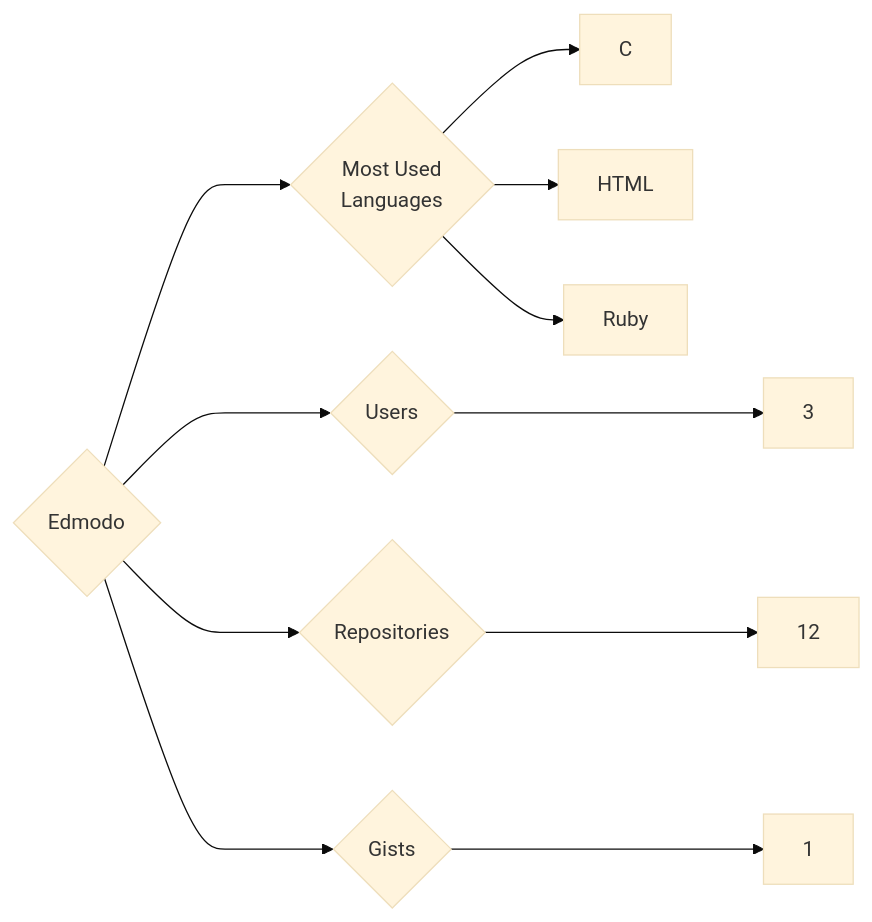
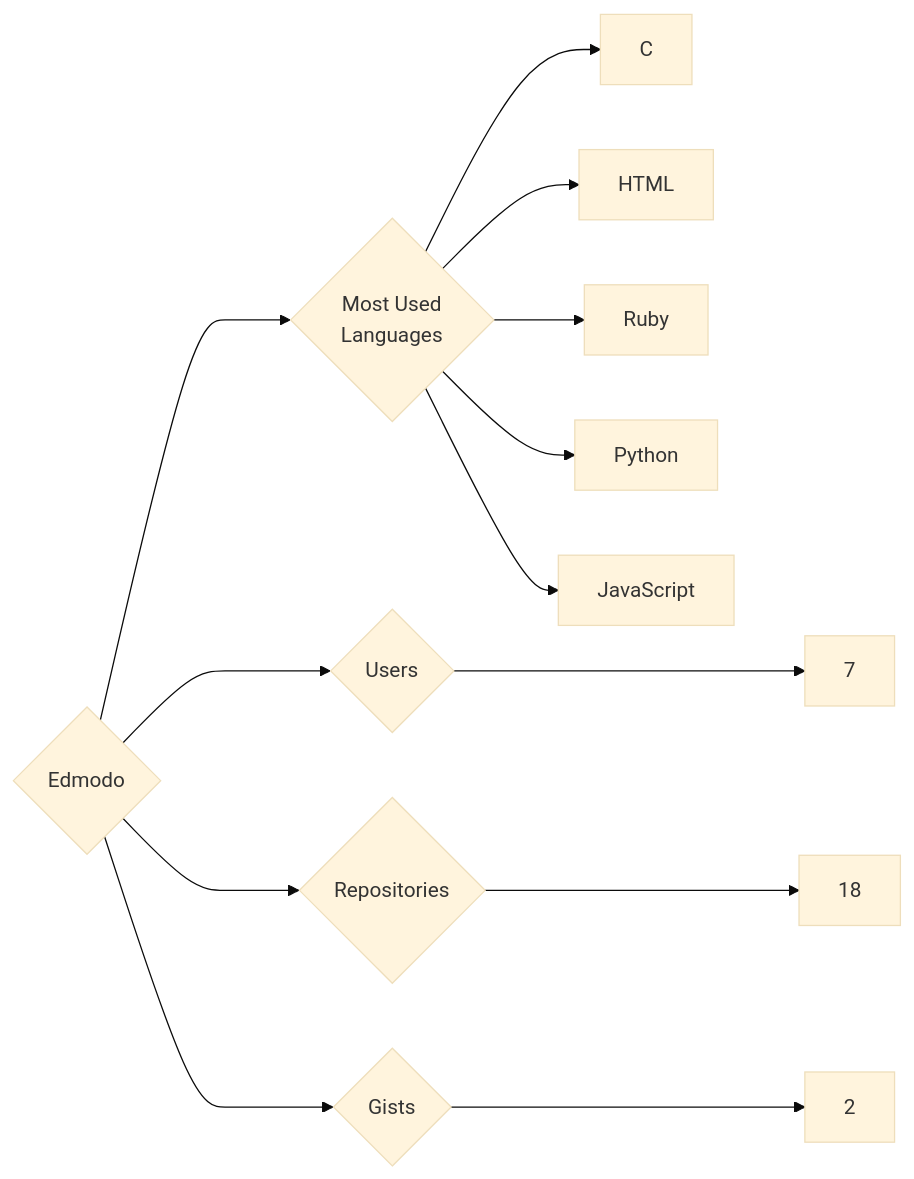
Before and after one commit to trickest/insiders: the diagram in targets/Edmodo/README.md, drawn with Mermaid (base theme). The commit also changed 681 other files, not shown here.

````diff
--- a/targets/Edmodo/README.md
+++ b/targets/Edmodo/README.md
@@ -3,11 +3,13 @@
 ```mermaid
 graph LR
 COMPANY_NAME{Edmodo}
-COMPANY_NAME ---> U{Users} ---> UN[3]
-COMPANY_NAME ---> R{Repositories} ---> RN[12]
-COMPANY_NAME ---> G{Gists} ---> GN[1]
+COMPANY_NAME ---> U{Users} ---> UN[7]
+COMPANY_NAME ---> R{Repositories} ---> RN[18]
+COMPANY_NAME ---> G{Gists} ---> GN[2]
 COMPANY_NAME ---> ML{Most Used<br>Languages}
 ML --> C[C]
 ML --> HTML[HTML]
 ML --> Ruby[Ruby]
+ML --> Python[Python]
+ML --> JavaScript[JavaScript]
 ```
````
